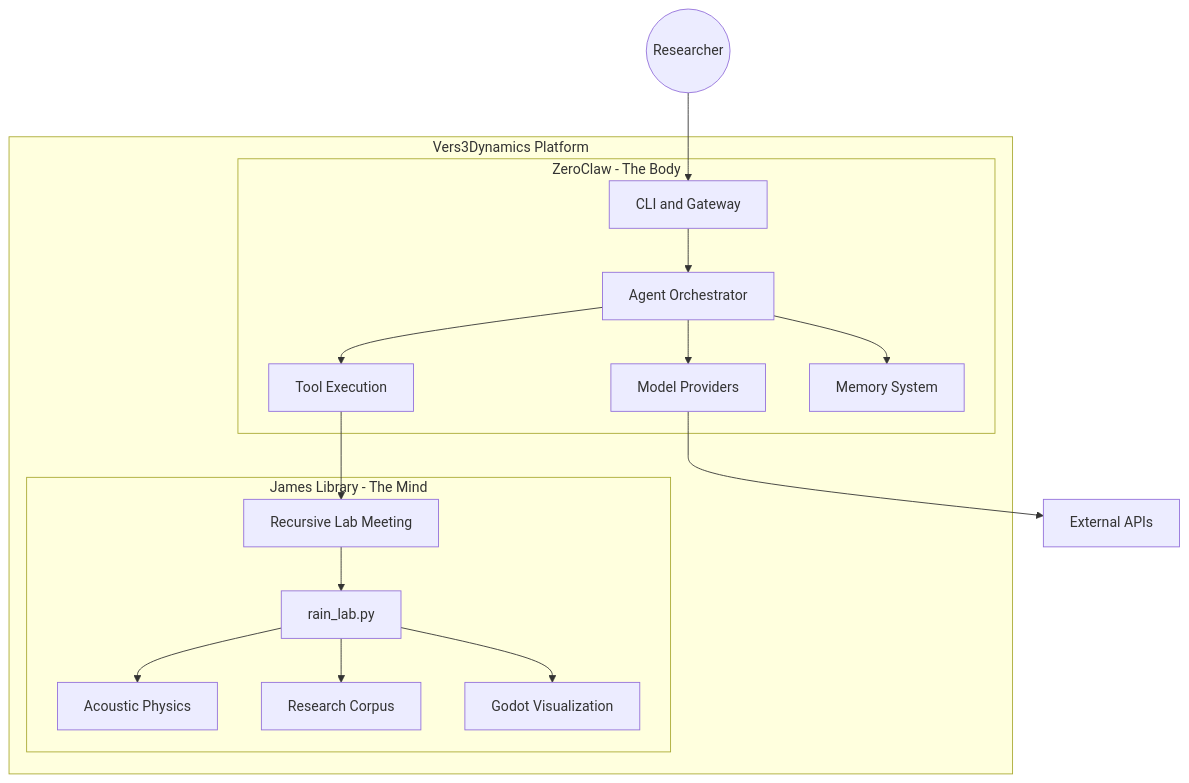
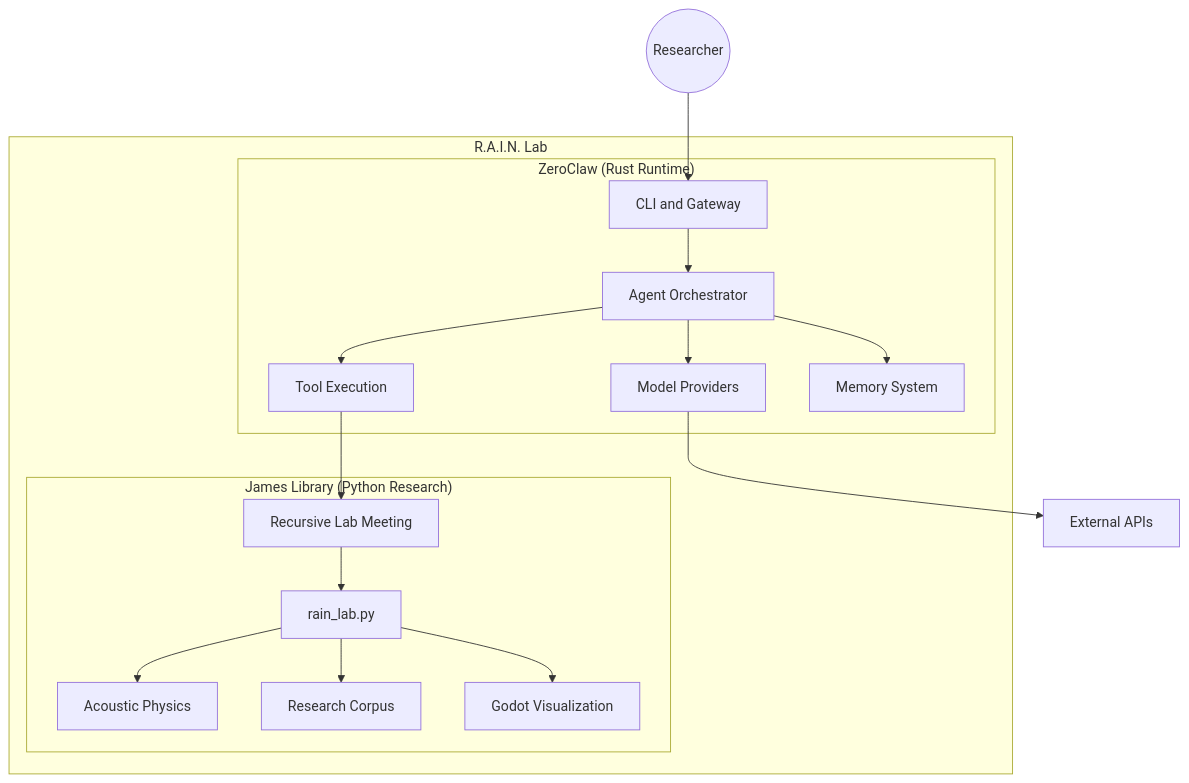
One commit to topherchris420/james_library changed the diagram in README.md. Above: the diagram before and after it, drawn with Mermaid. The commit also changed other lines of this file, not shown here.

````diff
--- a/README.md
+++ b/README.md
@@ -163,35 +81,35 @@
 ```mermaid
 graph TB
-    subgraph "Vers3Dynamics Platform"
-        subgraph "ZeroClaw - The Body"
+    subgraph "R.A.I.N. Lab"
+        subgraph "ZeroClaw (Rust Runtime)"
             CLI[CLI and Gateway]
             Agent[Agent Orchestrator]
             Providers[Model Providers]
             Tools[Tool Execution]
             Memory[Memory System]
         end
 
-        subgraph "James Library - The Mind"
+        subgraph "James Library (Python Research)"
             RLM[Recursive Lab Meeting]
             RainLab[rain_lab.py]
             Physics[Acoustic Physics]
             Research[Research Corpus]
             Godot[Godot Visualization]
         end
     end
 
     User((Researcher))
     External[External APIs]
 
     User --> CLI
     CLI --> Agent
     Agent --> Providers
     Agent --> Tools
     Agent --> Memory
     Tools --> RLM
     RLM --> RainLab
     RainLab --> Physics
     RainLab --> Research
     RainLab --> Godot
     Providers --> External
 ```
````
